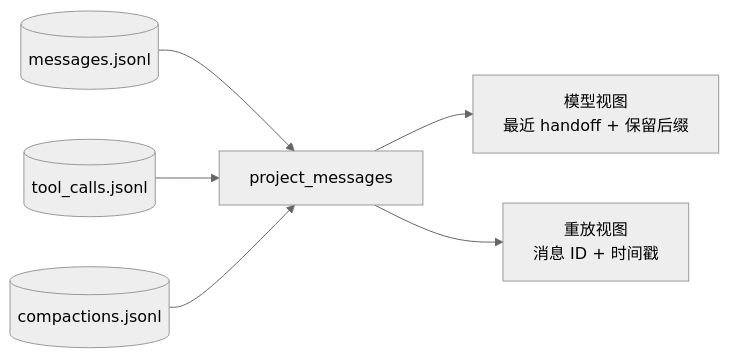
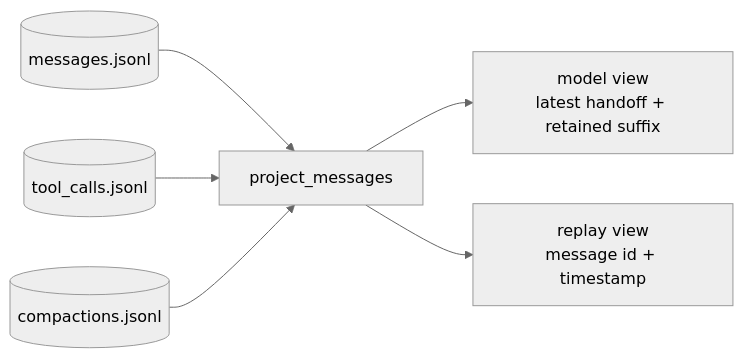
The diagram in docs/internals/03-persistence/message-projection.md (Azzurroooo/rind), drawn with Mermaid (neutral theme) before and after one commit. The commit also changed other lines of this file and 109 other files, not shown here.

```diff
--- a/docs/internals/03-persistence/message-projection.md
+++ b/docs/internals/03-persistence/message-projection.md
@@ -5,8 +7,8 @@
 ~~~mermaid
 flowchart LR
     RAW[("messages.jsonl")] --> P["project_messages"]
     TOOLS[("tool_calls.jsonl")] --> P
     COMPACT[("compactions.jsonl")] --> P
-    P --> MODEL["模型视图<br/>最近 handoff + 保留后缀"]
-    P --> UI["重放视图<br/>消息 ID + 时间戳"]
+    P --> MODEL["model view<br/>latest handoff + retained suffix"]
+    P --> UI["replay view<br/>message id + timestamp"]
 ~~~
```
